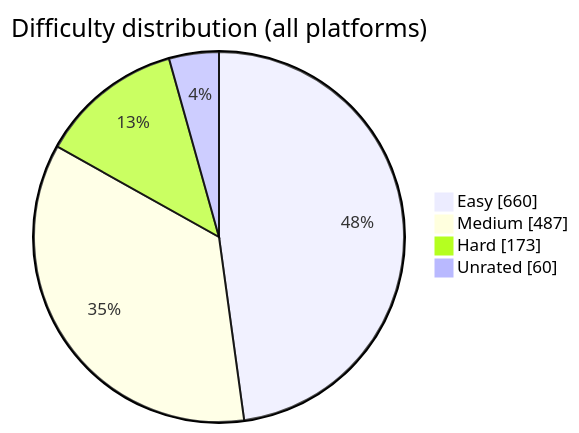
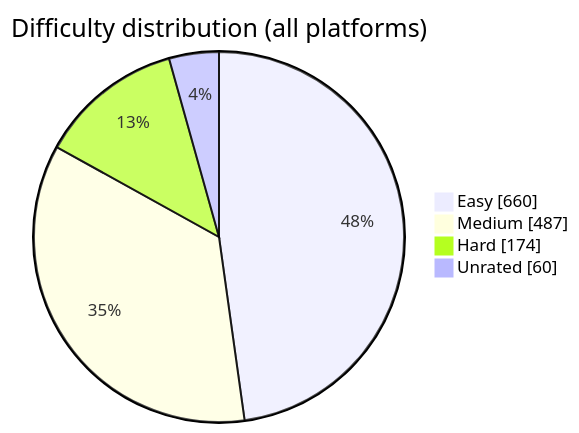
The diagram in README.md (BuildbyArindam/Daily-Coding-Log), drawn with Mermaid before and after one commit. The commit also changed other lines of this file, not shown here.

````diff
--- a/README.md
+++ b/README.md
@@ -93,7 +93,7 @@
 ```mermaid
 pie showData title Difficulty distribution (all platforms)
     "Easy" : 660
     "Medium" : 487
-    "Hard" : 173
+    "Hard" : 174
     "Unrated" : 60
 ```
````
